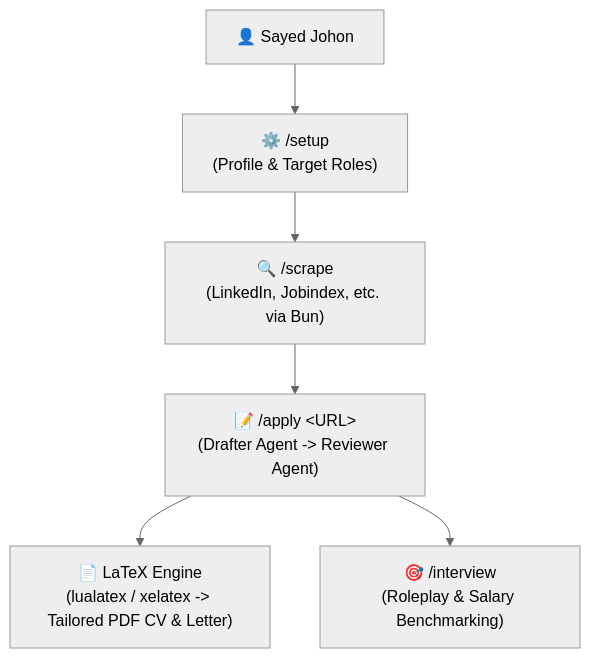
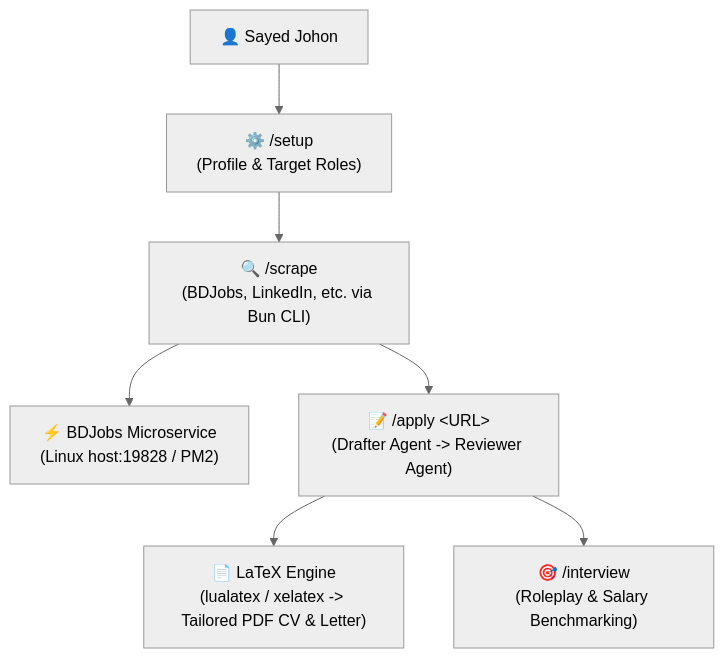
Before and after one commit to junoisnowai/my-job-search: the diagram in .agents/project_log.md, drawn with Mermaid (neutral theme). The commit also changed other lines of this file and 11 other files, not shown here.

````diff
--- a/.agents/project_log.md
+++ b/.agents/project_log.md
@@ -5,15 +5,17 @@
 ```mermaid
 graph TD
     User["👤 Sayed Johon"]
     Setup["⚙️ /setup<br>(Profile & Target Roles)"]
-    Scraper["🔍 /scrape<br>(LinkedIn, Jobindex, etc. via Bun)"]
+    Scraper["🔍 /scrape<br>(BDJobs, LinkedIn, etc. via Bun CLI)"]
+    LinuxService["⚡ BDJobs Microservice<br>(Linux host:19828 / PM2)"]
     Apply["📝 /apply &lt;URL&gt;<br>(Drafter Agent -> Reviewer Agent)"]
     Compile["📄 LaTeX Engine<br>(lualatex / xelatex -> Tailored PDF CV & Letter)"]
     Interview["🎯 /interview<br>(Roleplay & Salary Benchmarking)"]
 
     User --> Setup
     Setup --> Scraper
+    Scraper --> LinuxService
     Scraper --> Apply
     Apply --> Compile
     Apply --> Interview
 ```
````
